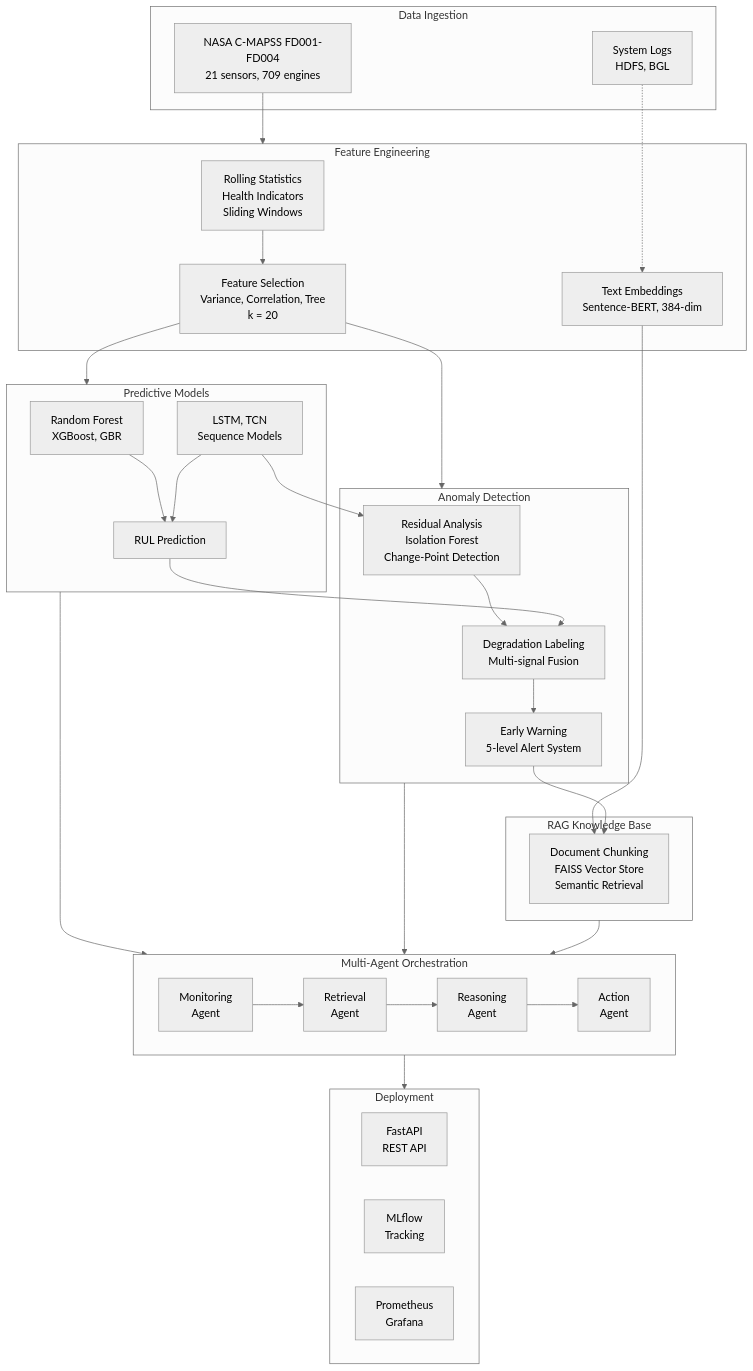
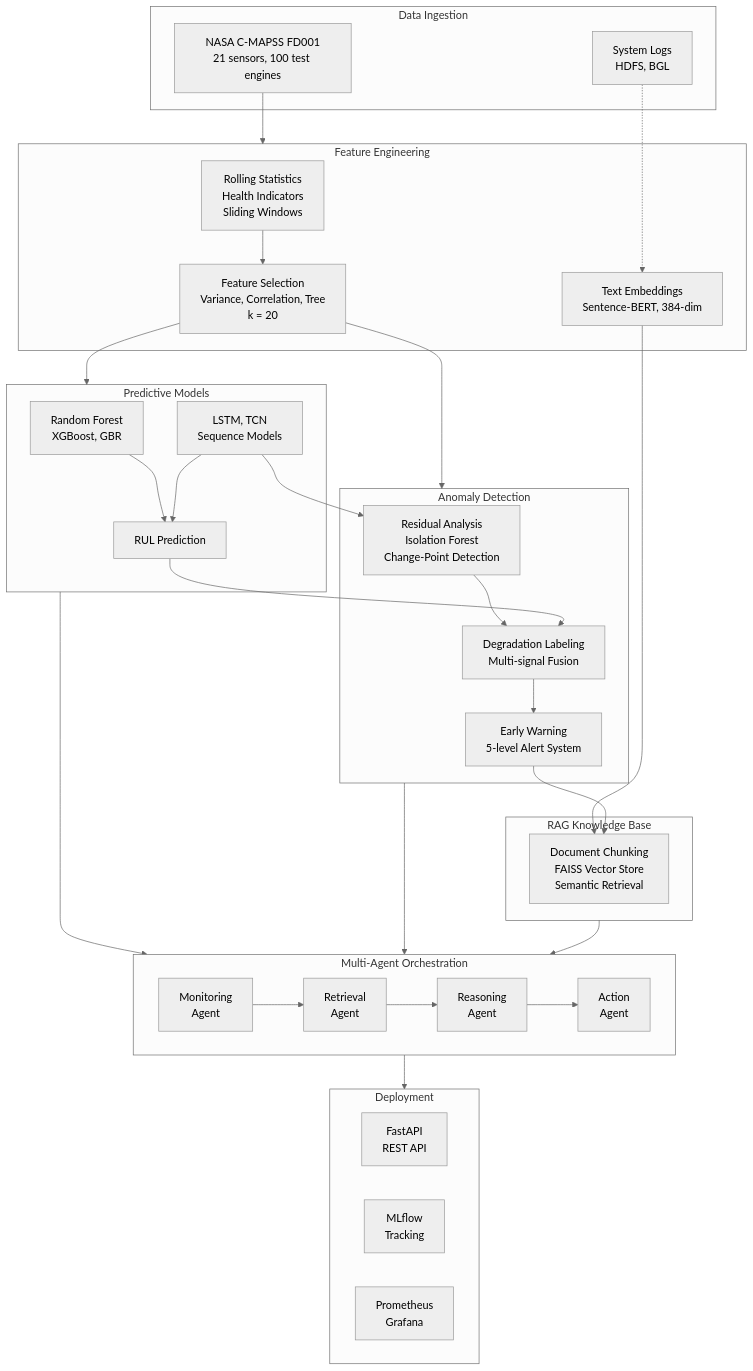
One commit to singh7985/Agentic-Early-Warning-Intelligence-System-for-Silent-System-Failures changed the first of 2 diagrams in README.md. Above: the diagram before and after it, drawn with Mermaid (neutral theme). The commit also changed other lines of this file, not shown here.

````diff
--- a/README.md
+++ b/README.md
@@ -131,57 +129,57 @@
 ```mermaid
 flowchart TD
     subgraph INPUT["Data Ingestion"]
-        A1["NASA C-MAPSS FD001-FD004\n21 sensors, 709 engines"]
+        A1["NASA C-MAPSS FD001\n21 sensors, 100 test engines"]
         A2["System Logs\nHDFS, BGL"]
     end
 
     subgraph FE["Feature Engineering"]
         B1["Rolling Statistics\nHealth Indicators\nSliding Windows"]
         B2["Feature Selection\nVariance, Correlation, Tree\nk = 20"]
         B3["Text Embeddings\nSentence-BERT, 384-dim"]
     end
 
     subgraph ML["Predictive Models"]
         C1["Random Forest\nXGBoost, GBR"]
         C2["LSTM, TCN\nSequence Models"]
         C3["RUL Prediction"]
     end
 
     subgraph AD["Anomaly Detection"]
         D1["Residual Analysis\nIsolation Forest\nChange-Point Detection"]
         D2["Degradation Labeling\nMulti-signal Fusion"]
         D3["Early Warning\n5-level Alert System"]
     end
 
     subgraph RAG["RAG Knowledge Base"]
         E1["Document Chunking\nFAISS Vector Store\nSemantic Retrieval"]
     end
 
     subgraph AGENTS["Multi-Agent Orchestration"]
         F1["Monitoring\nAgent"] --> F2["Retrieval\nAgent"]
         F2 --> F3["Reasoning\nAgent"]
         F3 --> F4["Action\nAgent"]
     end
 
     subgraph DEPLOY["Deployment"]
         G1["FastAPI\nREST API"]
         G2["MLflow\nTracking"]
         G3["Prometheus\nGrafana"]
     end
 
     A1 --> FE
     A2 -.-> B3
     B1 --> B2
     B3 --> E1
     B2 --> ML
     B2 --> AD
     C1 & C2 --> C3
     C2 --> D1
     D1 --> D2 --> D3
     C3 --> D2
     D3 --> E1
     ML --> AGENTS
     AD --> AGENTS
     RAG --> AGENTS
     AGENTS --> DEPLOY
 ```
````
